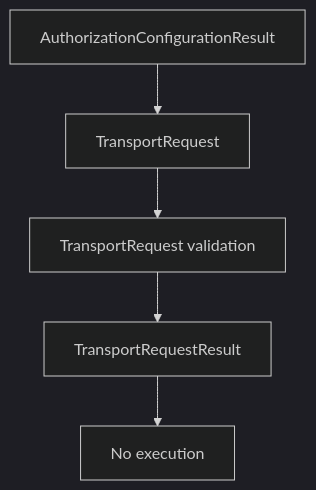
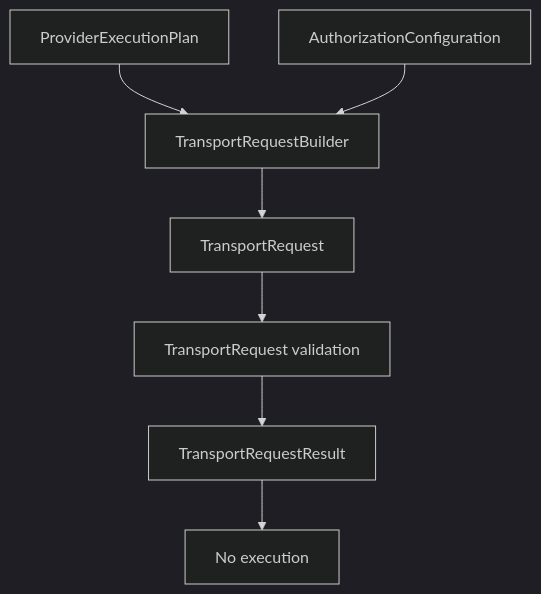
The diagram in docs/architecture/transport-request.md (Deadpool042/loop-engine), drawn with Mermaid (dark theme) before and after one commit. The commit also changed other lines of this file and 17 other files, not shown here.

Commit message:
refactor(transport): introduce transport request builder

````diff
--- a/docs/architecture/transport-request.md
+++ b/docs/architecture/transport-request.md
@@ -24,7 +24,9 @@
 ```mermaid
 flowchart TD
-  Authorization[AuthorizationConfigurationResult] --> Request[TransportRequest]
+  Plan[ProviderExecutionPlan] --> Builder[TransportRequestBuilder]
+  Authorization[AuthorizationConfiguration] --> Builder
+  Builder --> Request[TransportRequest]
   Request --> Validation[TransportRequest validation]
   Validation --> Result[TransportRequestResult]
   Result --> Stop[No execution]
 ```
````
